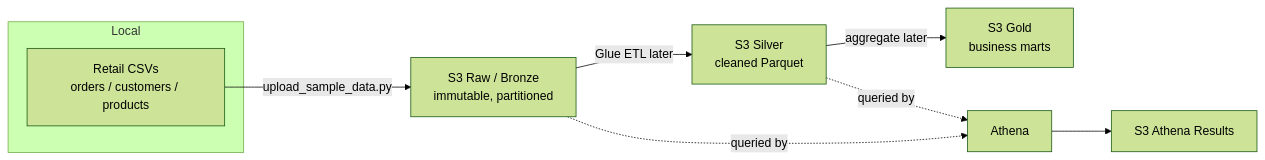
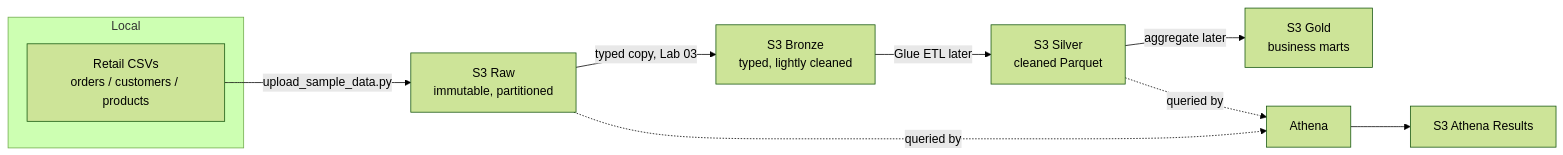
The diagram in labs/lab-01-s3-data-lake/README.md (Ishan01official/aws-data-engineering-pipeline), drawn with Mermaid (forest theme) before and after one commit. The commit also changed other lines of this file and 70 other files, not shown here.

````diff
--- a/labs/lab-01-s3-data-lake/README.md
+++ b/labs/lab-01-s3-data-lake/README.md
@@ -23,12 +23,13 @@
 ```mermaid
 flowchart LR
     subgraph Local
         CSV[Retail CSVs<br/>orders / customers / products]
     end
-    CSV -->|upload_sample_data.py| RAW[S3 Raw / Bronze<br/>immutable, partitioned]
-    RAW -->|Glue ETL later| SILVER[S3 Silver<br/>cleaned Parquet]
+    CSV -->|upload_sample_data.py| RAW[S3 Raw<br/>immutable, partitioned]
+    RAW -->|typed copy, Lab 03| BRONZE[S3 Bronze<br/>typed, lightly cleaned]
+    BRONZE -->|Glue ETL later| SILVER[S3 Silver<br/>cleaned Parquet]
     SILVER -->|aggregate later| GOLD[S3 Gold<br/>business marts]
     RAW -. queried by .-> ATH[Athena]
     SILVER -. queried by .-> ATH
     ATH --> RESULTS[S3 Athena Results]
 ```
````
